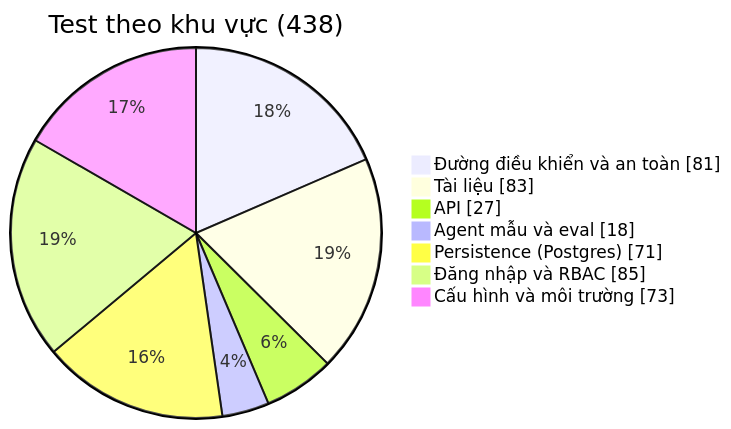
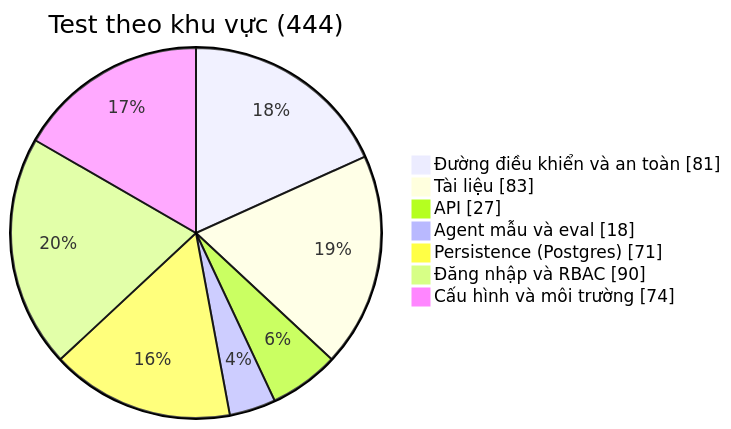
One commit to nguyenquangtiep/smart-home-future changed the diagram in docs/TESTING_STRATEGY.md. Above: the diagram before and after it, drawn with Mermaid. The commit also changed other lines of this file and 8 other files, not shown here.

````diff
--- a/docs/TESTING_STRATEGY.md
+++ b/docs/TESTING_STRATEGY.md
@@ -49,10 +49,10 @@
 ```mermaid
-pie showData title Test theo khu vực (438)
+pie showData title Test theo khu vực (444)
     "Đường điều khiển và an toàn" : 81
     "Tài liệu" : 83
     "API" : 27
     "Agent mẫu và eval" : 18
     "Persistence (Postgres)" : 71
-    "Đăng nhập và RBAC" : 85
-    "Cấu hình và môi trường" : 73
+    "Đăng nhập và RBAC" : 90
+    "Cấu hình và môi trường" : 74
 ```
````
